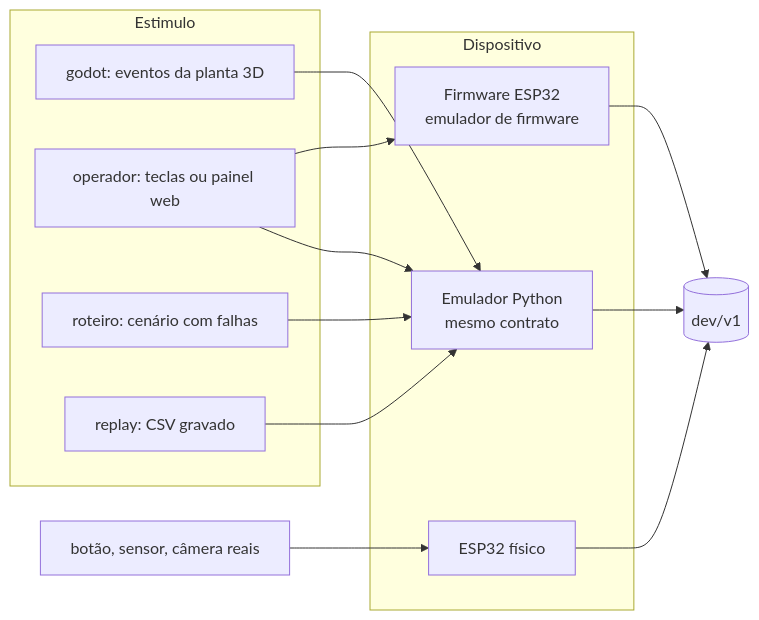
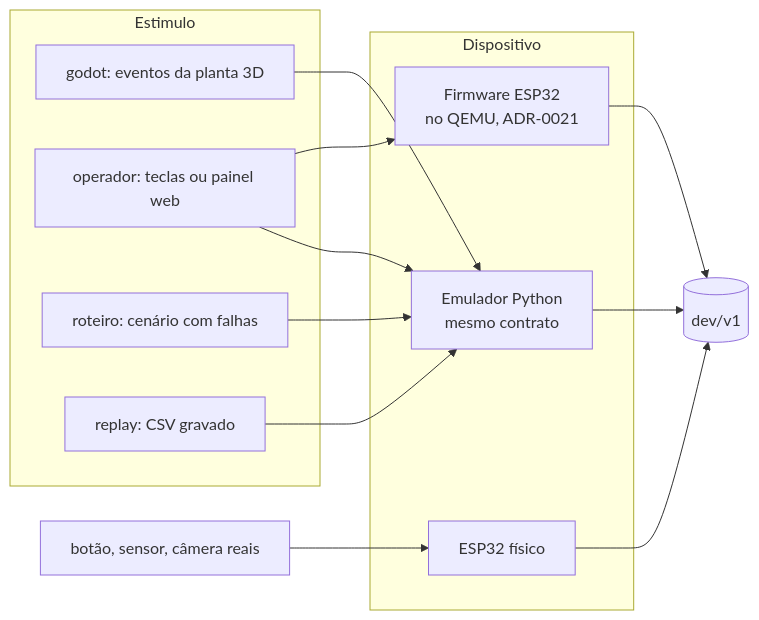
The second of 2 diagrams in ARCHITECTURE.md (vitorramon/lean-manufacture), drawn with Mermaid before and after one commit. The commit also changed other lines of this file and 5 other files, not shown here.

````diff
--- a/ARCHITECTURE.md
+++ b/ARCHITECTURE.md
@@ -121,23 +121,23 @@
 ```mermaid
 flowchart LR
   subgraph Estimulo
     A[godot: eventos da planta 3D]
     B[operador: teclas ou painel web]
     C[roteiro: cenário com falhas]
     D[replay: CSV gravado]
   end
   subgraph Dispositivo
     E[Emulador Python<br/>mesmo contrato]
-    F[Firmware ESP32<br/>emulador de firmware]
+    F["Firmware ESP32<br/>no QEMU, ADR-0021"]
     G[ESP32 físico]
   end
   A --> E
   B --> E
   C --> E
   D --> E
   B --> F
   H[botão, sensor, câmera reais] --> G
   E --> M[(dev/v1)]
   F --> M
   G --> M
 ```
````
